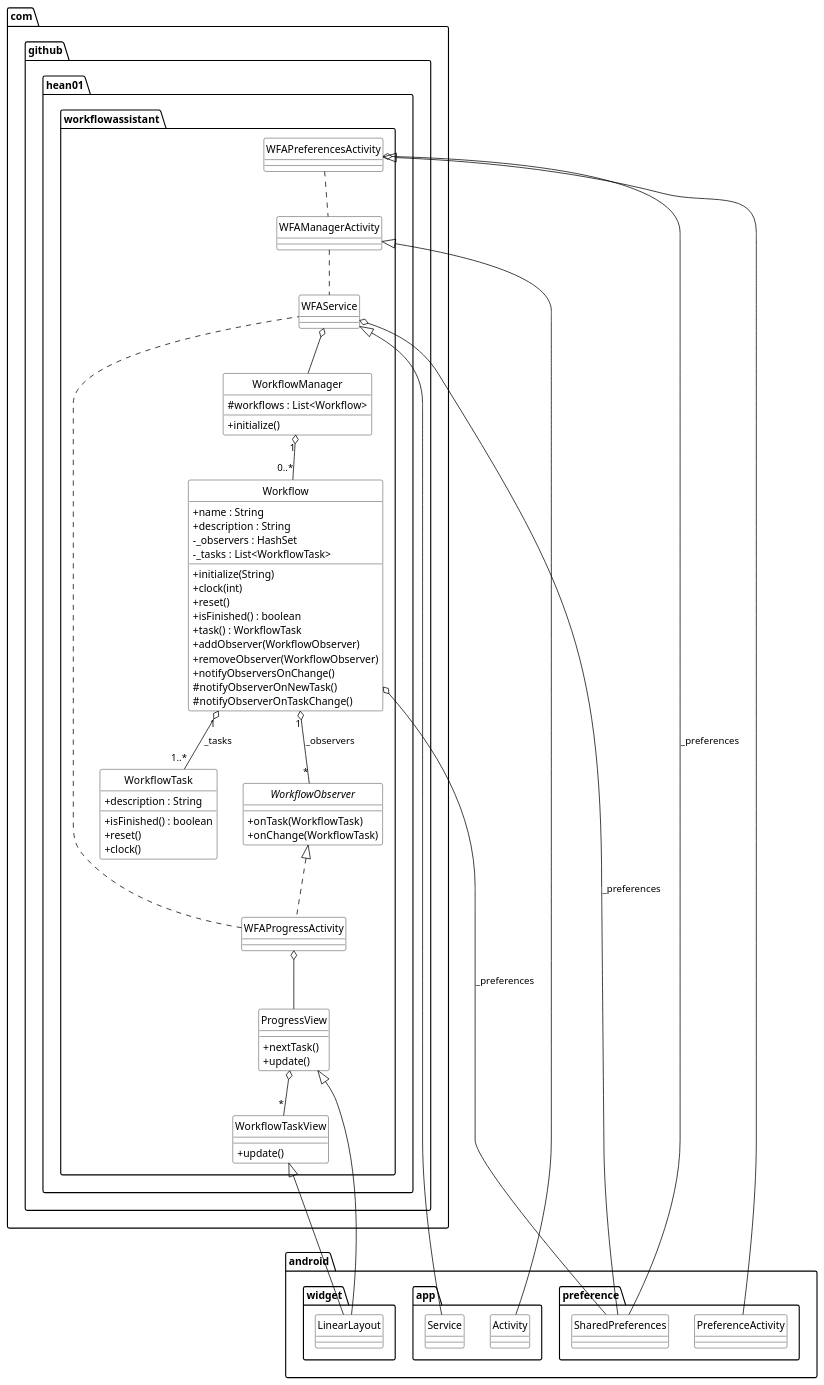
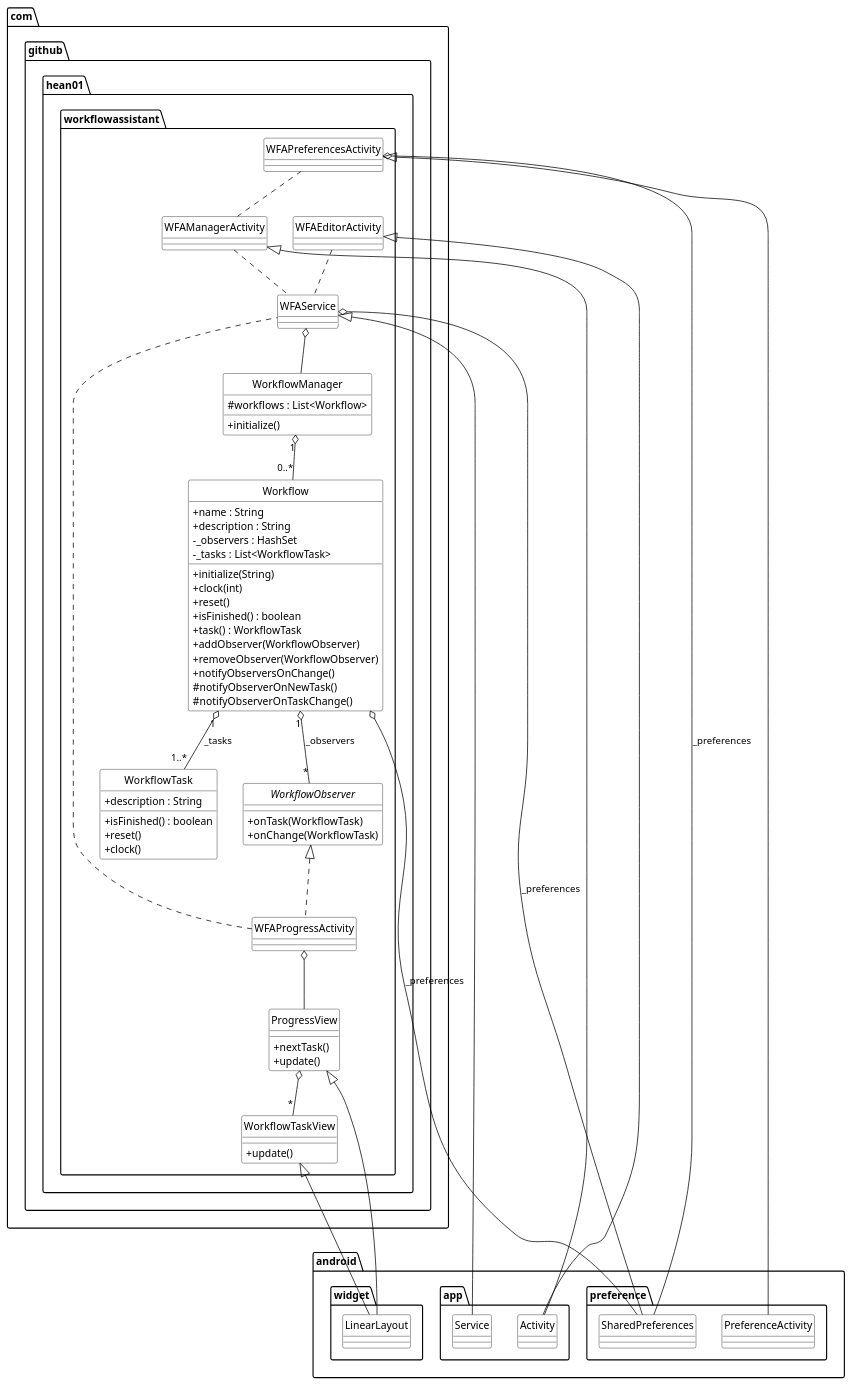
One commit to hean01/wfa changed the diagram in docs/internals.org. Above: the diagram before and after it, drawn with PlantUML. The commit also changed other lines of this file and 3 other files, not shown here.

Commit message:
Added new stub for WFAEditorActivity.

```diff
--- a/docs/internals.org
+++ b/docs/internals.org
@@ -98,6 +100,9 @@
 }
 
 class WFAProgressActivity {
+}
+
+class WFAEditorActivity {
 }
 
 class ProgressView {
@@ -149,10 +154,12 @@
 WFAProgressActivity .. WFAService
 WFAProgressActivity o-- ProgressView
 WFAManagerActivity .. WFAService
+WFAEditorActivity .. WFAService
 WFAPreferencesActivity .. WFAManagerActivity
 WFAPreferencesActivity <|-- android.preference.PreferenceActivity
 WFAPreferencesActivity o-- android.preference.SharedPreferences : _preferences
 WFAManagerActivity <|-- android.app.Activity
+WFAEditorActivity <|-- android.app.Activity
 WorkflowObserver <|.. WFAProgressActivity
 WFAService <|-- android.app.Service
 WFAService o-- WorkflowManager
```
